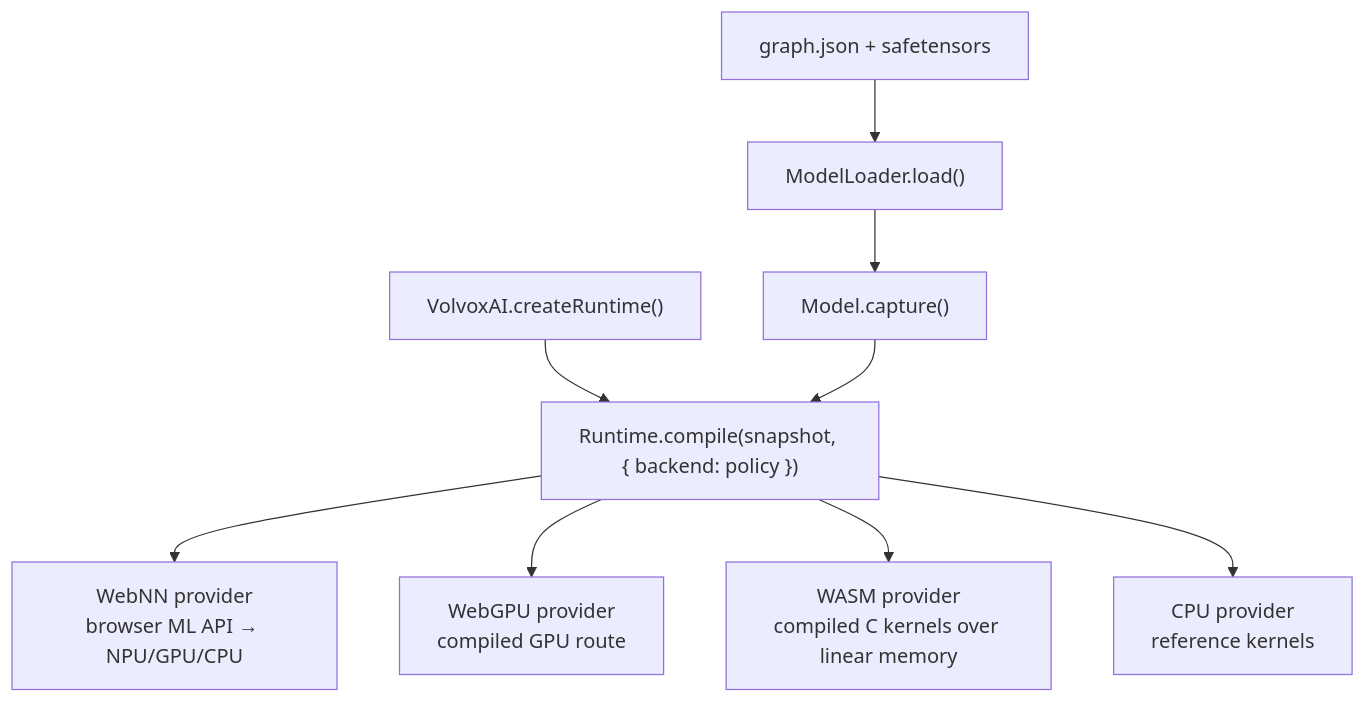
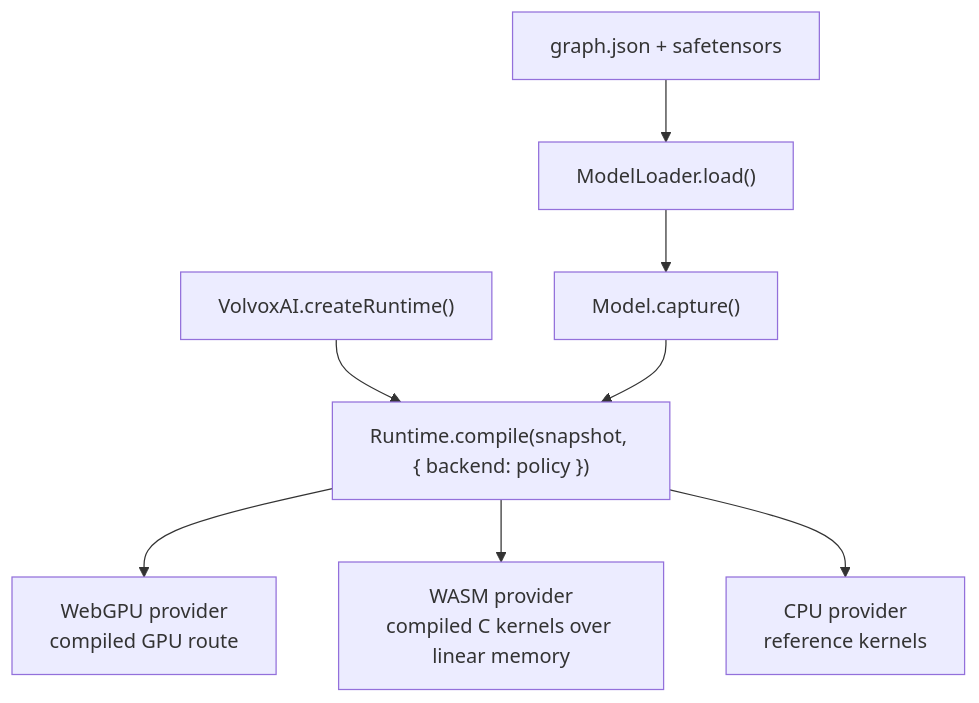
Before and after one commit to ivere27/volvoxai: the diagram in docs/textbook/08-inside-the-engine.md, drawn with Mermaid. The commit also changed other lines of this file and 741 other files, not shown here.

````diff
--- a/docs/textbook/08-inside-the-engine.md
+++ b/docs/textbook/08-inside-the-engine.md
@@ -34,11 +35,10 @@
 ```mermaid
 flowchart TD
     G["graph.json + safetensors"] --> L["ModelLoader.load()"]
     L --> S["Model.capture()"]
     R["VolvoxAI.createRuntime()"] --> C["Runtime.compile(snapshot, { backend: policy })"]
     S --> C
-    C --> T1["WebNN provider<br/>browser ML API → NPU/GPU/CPU"]
-    C --> T2["WebGPU provider<br/>compiled GPU route"]
-    C --> T3["WASM provider<br/>compiled C kernels over linear memory"]
-    C --> T4["CPU provider<br/>reference kernels"]
+    C --> T1["WebGPU provider<br/>compiled GPU route"]
+    C --> T2["WASM provider<br/>compiled C kernels over linear memory"]
+    C --> T3["CPU provider<br/>reference kernels"]
 ```
````
